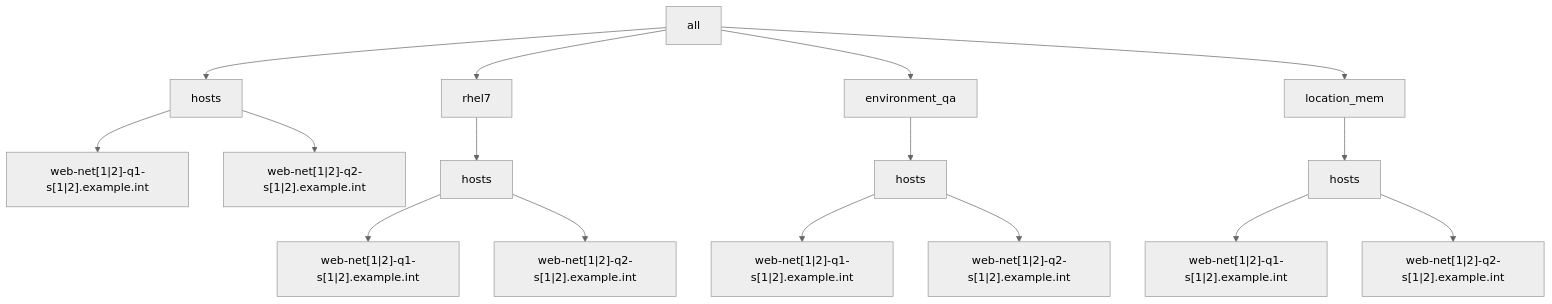
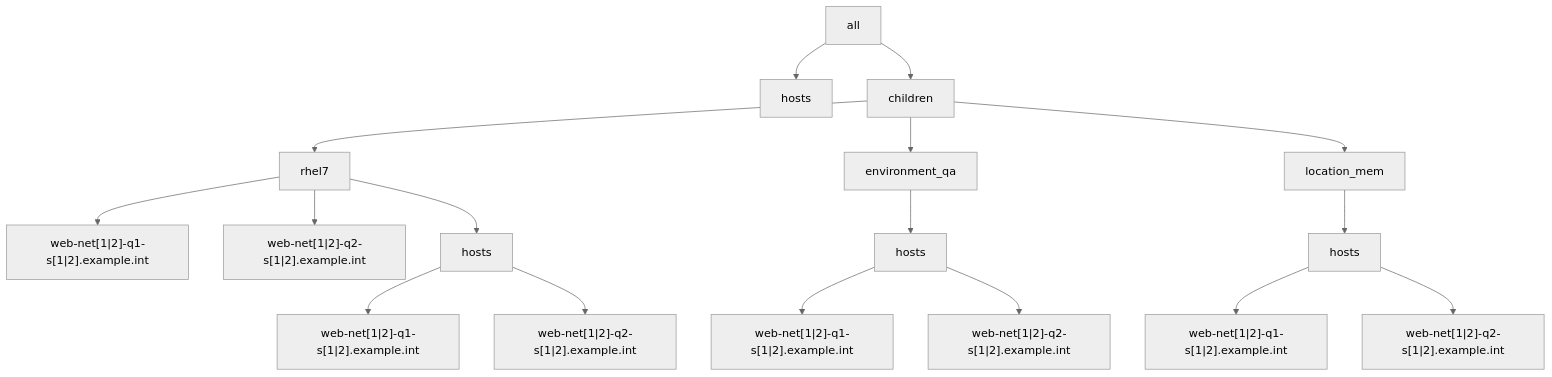
One commit to lj020326/Ansible-inventory-file-examples changed the second of 2 diagrams in tests/ansible-multiple-yaml-inventories/example1/README.md. Above: the diagram before and after it, drawn with Mermaid (neutral theme).

Commit message:
develop-lj - 	modified:   tests/ansible-multiple-yaml-inventories/example1/README.md

````diff
--- a/tests/ansible-multiple-yaml-inventories/example1/README.md
+++ b/tests/ansible-multiple-yaml-inventories/example1/README.md
@@ -31,18 +31,19 @@
 ```mermaid
 graph TD;
     A[all] --> C[hosts]
-    A[all] --> D[rhel7]
-    A[all] --> E[environment_qa]
-    A[all] --> F[location_mem]
-    C --> H["web-net[1|2]-q1-s[1|2].example.int"]
-    C --> I["web-net[1|2]-q2-s[1|2].example.int"]
-    D --> J[hosts]
-    J --> K["web-net[1|2]-q1-s[1|2].example.int"]
-    J --> L["web-net[1|2]-q2-s[1|2].example.int"]
-    E --> M[hosts]
-    M --> N["web-net[1|2]-q1-s[1|2].example.int"]
-    M --> O["web-net[1|2]-q2-s[1|2].example.int"]
-    F --> P[hosts]
-    P --> Q["web-net[1|2]-q1-s[1|2].example.int"]
-    P --> R["web-net[1|2]-q2-s[1|2].example.int"]
+    A[all] --> D[children]
+    D --> E[rhel7]
+    D --> F[environment_qa]
+    D --> G[location_mem]
+    E --> I["web-net[1|2]-q1-s[1|2].example.int"]
+    E --> J["web-net[1|2]-q2-s[1|2].example.int"]
+    E --> K[hosts]
+    K --> L["web-net[1|2]-q1-s[1|2].example.int"]
+    K --> M["web-net[1|2]-q2-s[1|2].example.int"]
+    F --> N[hosts]
+    N --> O["web-net[1|2]-q1-s[1|2].example.int"]
+    N --> P["web-net[1|2]-q2-s[1|2].example.int"]
+    G --> Q[hosts]
+    Q --> R["web-net[1|2]-q1-s[1|2].example.int"]
+    Q --> S["web-net[1|2]-q2-s[1|2].example.int"]
 ```
````
